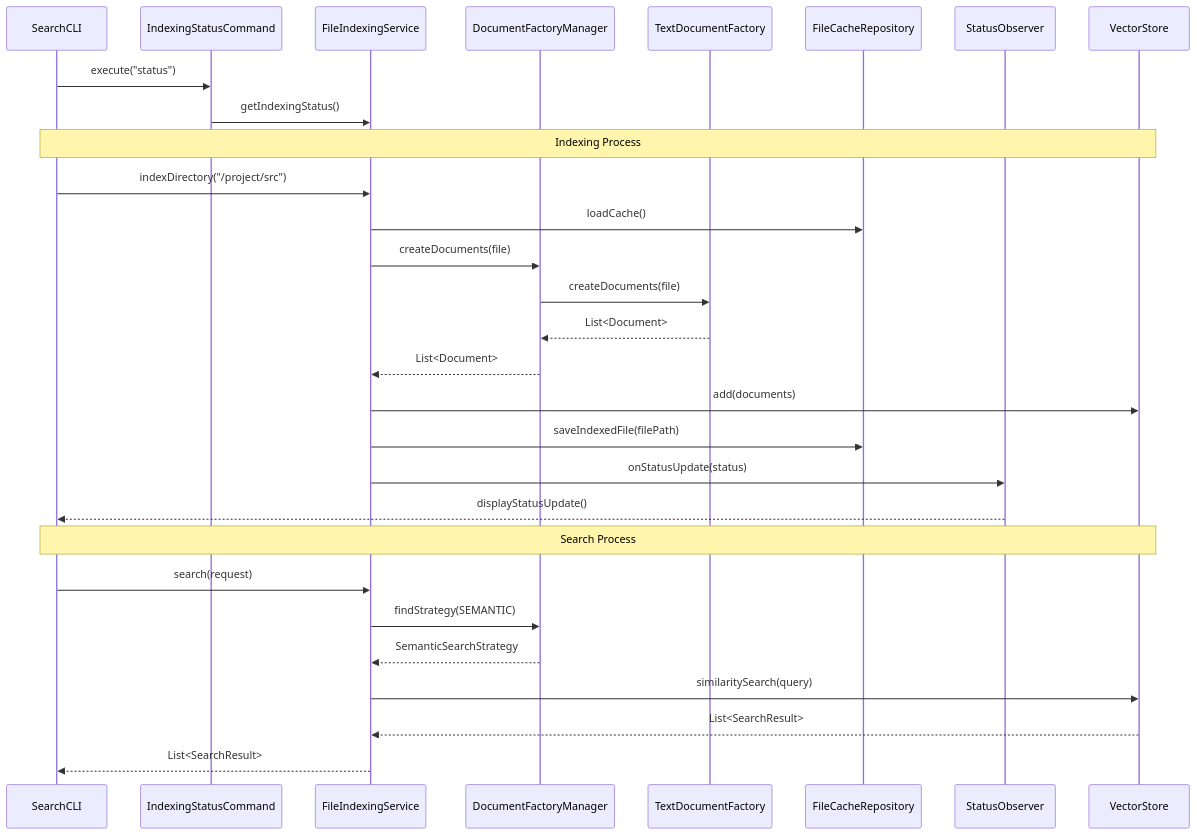
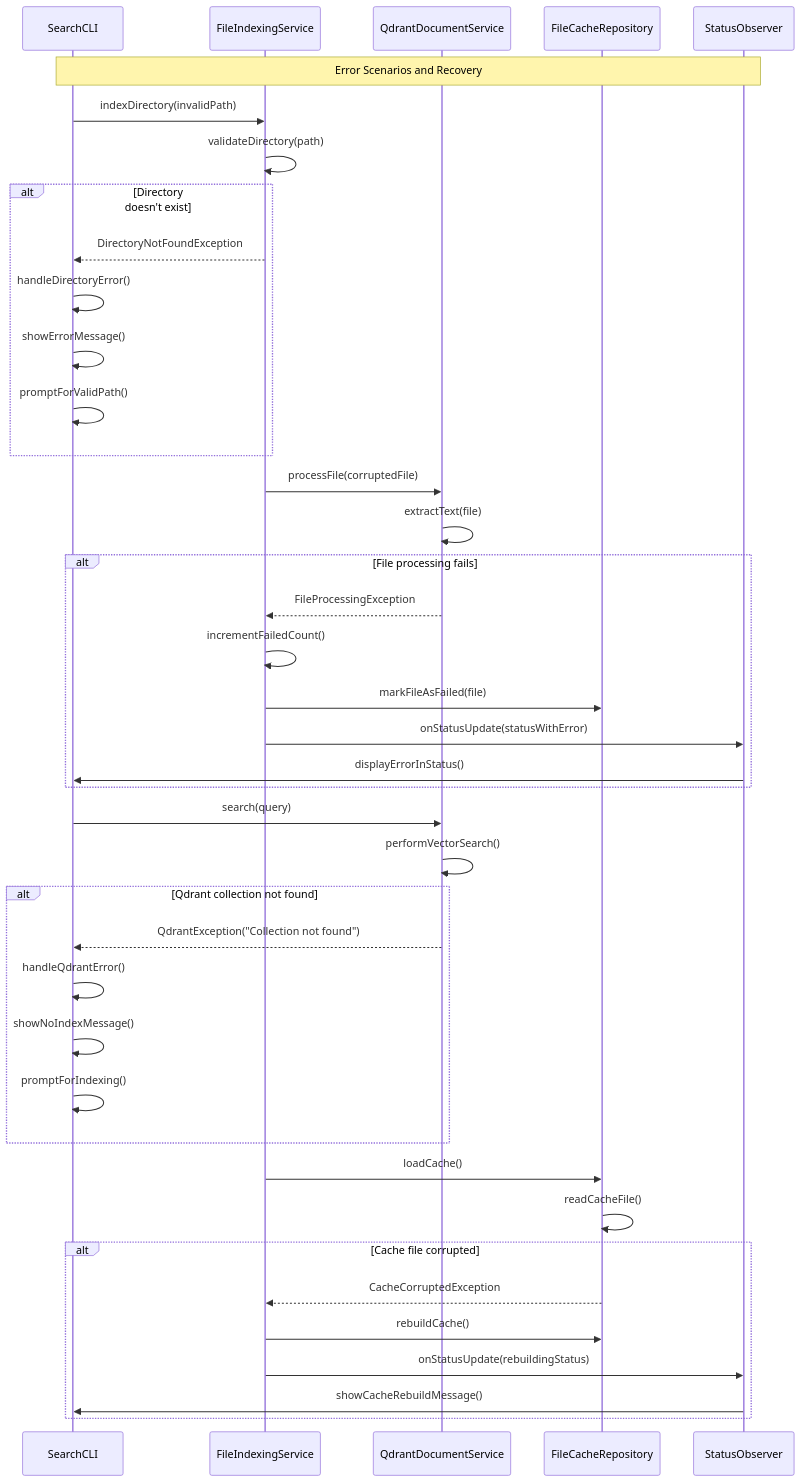
One commit to kenken64/misoto-indexer changed the fourth of 14 diagrams in README.md. Above: the diagram before and after it, drawn with Mermaid. The commit also changed other lines of this file, not shown here.

````diff
--- a/README.md
+++ b/README.md
@@ -1188,34 +673,47 @@
 ```mermaid
 sequenceDiagram
     participant CLI as SearchCLI
-    participant CMD as IndexingStatusCommand
-    participant IS as FileIndexingService
-    participant DFM as DocumentFactoryManager
-    participant TDF as TextDocumentFactory
-    participant FCR as FileCacheRepository
-    participant OBS as StatusObserver
-    participant VS as VectorStore
+    participant IndexSvc as FileIndexingService
+    participant QdrantSvc as QdrantDocumentService
+    participant Cache as FileCacheRepository
+    participant Observer as StatusObserver
+
+    Note over CLI,Observer: Error Scenarios and Recovery
     
-    CLI->>CMD: execute("status")
-    CMD->>IS: getIndexingStatus()
+    CLI->>IndexSvc: indexDirectory(invalidPath)
+    IndexSvc->>IndexSvc: validateDirectory(path)
+    alt Directory doesn't exist
+        IndexSvc-->>CLI: DirectoryNotFoundException
+        CLI->>CLI: handleDirectoryError()
+        CLI->>CLI: showErrorMessage()
+        CLI->>CLI: promptForValidPath()
+    end
     
-    Note over CLI,VS: Indexing Process
-    CLI->>IS: indexDirectory("/project/src")
-    IS->>FCR: loadCache()
-    IS->>DFM: createDocuments(file)
-    DFM->>TDF: createDocuments(file)
-    TDF-->>DFM: List<Document>
-    DFM-->>IS: List<Document>
-    IS->>VS: add(documents)
-    IS->>FCR: saveIndexedFile(filePath)
-    IS->>OBS: onStatusUpdate(status)
-    OBS-->>CLI: displayStatusUpdate()
+    IndexSvc->>QdrantSvc: processFile(corruptedFile)
+    QdrantSvc->>QdrantSvc: extractText(file)
+    alt File processing fails
+        QdrantSvc-->>IndexSvc: FileProcessingException
+        IndexSvc->>IndexSvc: incrementFailedCount()
+        IndexSvc->>Cache: markFileAsFailed(file)
+        IndexSvc->>Observer: onStatusUpdate(statusWithError)
+        Observer->>CLI: displayErrorInStatus()
+    end
     
-    Note over CLI,VS: Search Process  
-    CLI->>IS: search(request)
-    IS->>DFM: findStrategy(SEMANTIC)
-    DFM-->>IS: SemanticSearchStrategy
-    IS->>VS: similaritySearch(query)
-    VS-->>IS: List<SearchResult>
-    IS-->>CLI: List<SearchResult>
+    CLI->>QdrantSvc: search(query)
+    QdrantSvc->>QdrantSvc: performVectorSearch()
+    alt Qdrant collection not found
+        QdrantSvc-->>CLI: QdrantException("Collection not found")
+        CLI->>CLI: handleQdrantError()
+        CLI->>CLI: showNoIndexMessage()
+        CLI->>CLI: promptForIndexing()
+    end
+    
+    IndexSvc->>Cache: loadCache()
+    Cache->>Cache: readCacheFile()
+    alt Cache file corrupted
+        Cache-->>IndexSvc: CacheCorruptedException
+        IndexSvc->>Cache: rebuildCache()
+        IndexSvc->>Observer: onStatusUpdate(rebuildingStatus)
+        Observer->>CLI: showCacheRebuildMessage()
+    end
 ```
````
